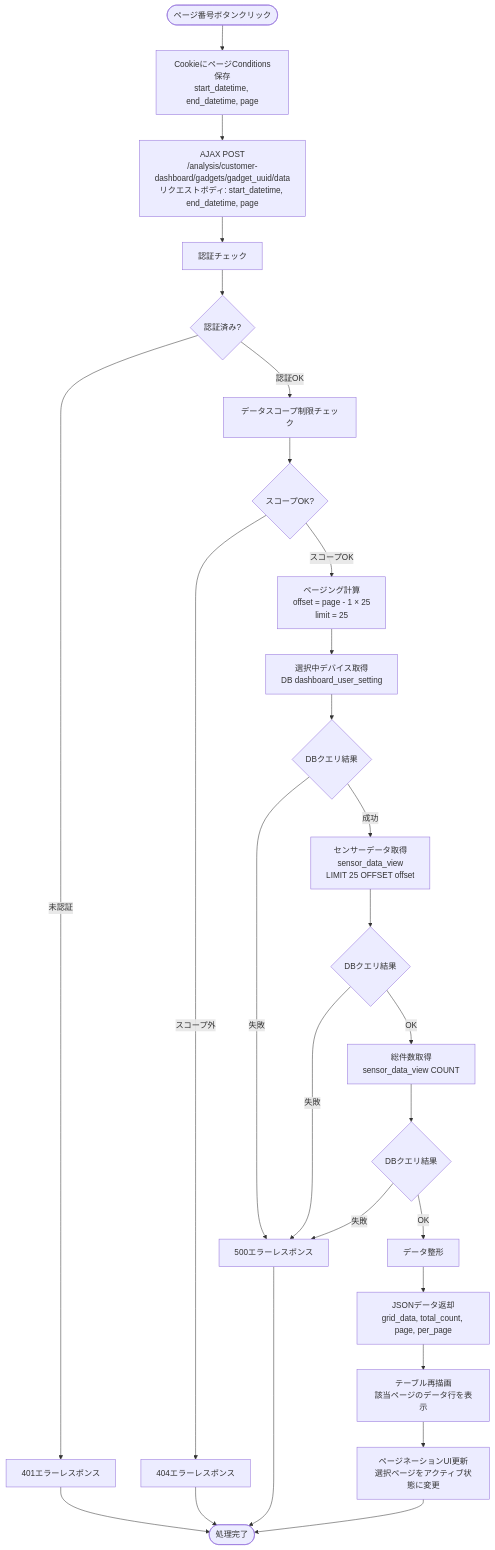
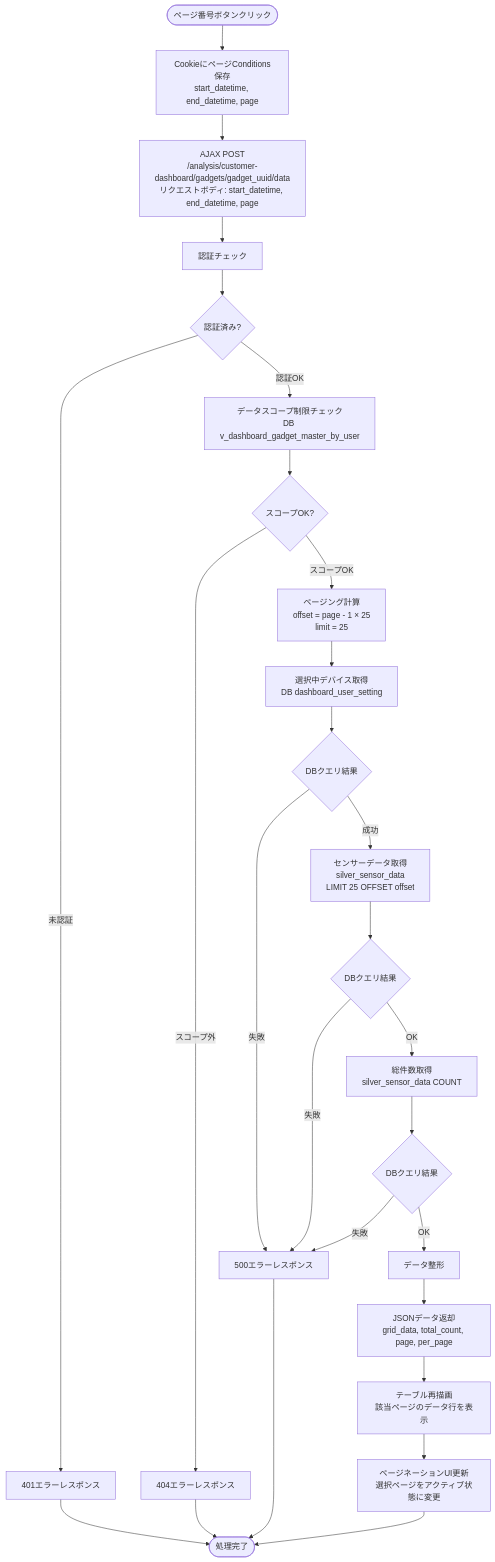
Before and after one commit to NSW-SVCP-AIWG002/Databricks-IoT: the second of 5 diagrams in docs/03-features/flask-app/customer-dashboard/grid/workflow-specification.md, drawn with Mermaid. The commit also changed other lines of this file and 3 other files, not shown here.

````diff
--- a/docs/03-features/flask-app/customer-dashboard/grid/workflow-specification.md
+++ b/docs/03-features/flask-app/customer-dashboard/grid/workflow-specification.md
@@ -451,35 +480,35 @@
 ```mermaid
 flowchart TD
     Start([ページ番号ボタンクリック]) --> SaveCookie[CookieにページConditions保存<br>start_datetime, end_datetime, page]
     SaveCookie --> Ajax[AJAX POST<br>/analysis/customer-dashboard/gadgets/gadget_uuid/data<br>リクエストボディ: start_datetime, end_datetime, page]
     Ajax --> Auth[認証チェック]
     Auth --> CheckAuth{認証済み?}
     CheckAuth -->|未認証| Error401[401エラーレスポンス]
-    CheckAuth -->|認証OK| Scope[データスコープ制限チェック]
+    CheckAuth -->|認証OK| Scope[データスコープ制限チェック<br>DB v_dashboard_gadget_master_by_user]
 
     Scope --> CheckScope{スコープOK?}
     CheckScope -->|スコープ外| Error404[404エラーレスポンス]
     CheckScope -->|スコープOK| CalcOffset[ページング計算<br>offset = page - 1 × 25<br>limit = 25]
 
     CalcOffset --> DeviceQuery[選択中デバイス取得<br>DB dashboard_user_setting]
     DeviceQuery --> CheckDeviceQuery{DBクエリ結果}
     CheckDeviceQuery -->|失敗| Error500[500エラーレスポンス]
-    CheckDeviceQuery -->|成功| SilverQuery[センサーデータ取得<br>sensor_data_view<br>LIMIT 25 OFFSET offset]
+    CheckDeviceQuery -->|成功| SilverQuery[センサーデータ取得<br>silver_sensor_data<br>LIMIT 25 OFFSET offset]
 
     SilverQuery --> CheckSilverQuery{DBクエリ結果}
     CheckSilverQuery -->|失敗| Error500
-    CheckSilverQuery -->|OK| CountQuery[総件数取得<br>sensor_data_view COUNT]
+    CheckSilverQuery -->|OK| CountQuery[総件数取得<br>silver_sensor_data COUNT]
 
     CountQuery --> CheckCountQuery{DBクエリ結果}
     CheckCountQuery -->|失敗| Error500
     CheckCountQuery -->|OK| Format[データ整形]
 
     Format --> ReturnData[JSONデータ返却<br>grid_data, total_count, page, per_page]
     ReturnData --> Render[テーブル再描画<br>該当ページのデータ行を表示]
     Render --> UpdatePagination[ページネーションUI更新<br>選択ページをアクティブ状態に変更]
 
     Error401 --> End([処理完了])
     Error404 --> End
     Error500 --> End
     UpdatePagination --> End
 ```
````
